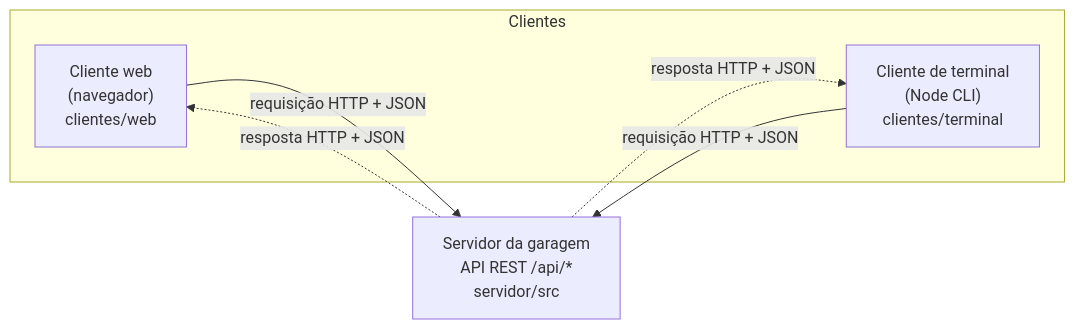
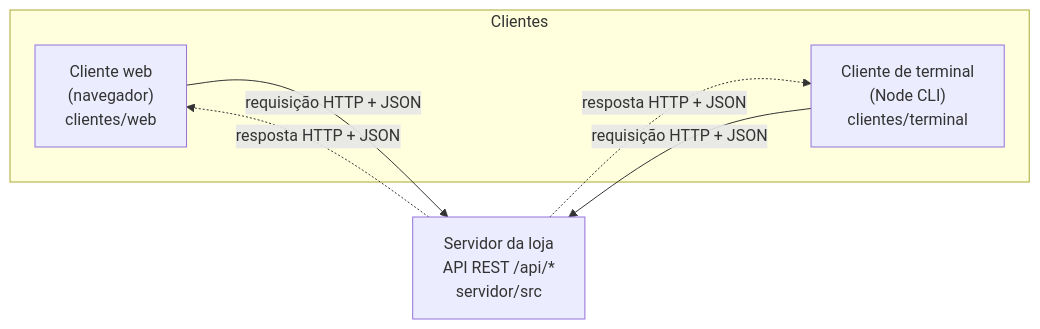
One commit to LcAllmeida/arquiteturaN3 changed the first of 5 diagrams in docs/diagramas/README.md. Above: the diagram before and after it, drawn with Mermaid. The commit also changed other lines of this file and 36 other files, not shown here.

````diff
--- a/docs/diagramas/README.md
+++ b/docs/diagramas/README.md
@@ -15,12 +15,12 @@
 ```mermaid
 flowchart LR
     subgraph Clientes
         W["Cliente web<br/>(navegador)<br/>clientes/web"]
         T["Cliente de terminal<br/>(Node CLI)<br/>clientes/terminal"]
     end
-    S["Servidor da garagem<br/>API REST /api/*<br/>servidor/src"]
+    S["Servidor da loja<br/>API REST /api/*<br/>servidor/src"]
     W -- "requisição HTTP + JSON" --> S
     S -. "resposta HTTP + JSON" .-> W
     T -- "requisição HTTP + JSON" --> S
     S -. "resposta HTTP + JSON" .-> T
 ```
````
